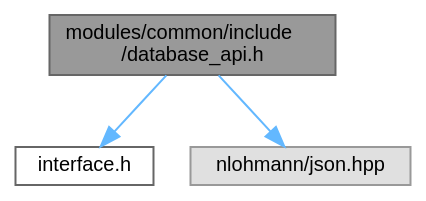
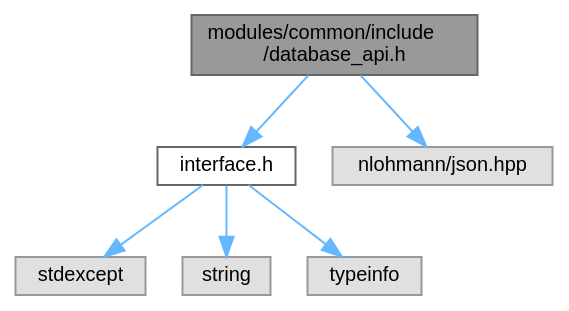
Before and after one commit to netkeep80/jsonRVM: the diagram in database__api_8h__incl.dot, drawn with Graphviz. The commit also changed 169 other files, not shown here.

```diff
--- a/database__api_8h__incl.dot
+++ b/database__api_8h__incl.dot
@@ -1,12 +1,18 @@
 digraph "modules/common/include/database_api.h"
 {
  // LATEX_PDF_SIZE
   bgcolor="transparent";
   edge [fontname=Helvetica,fontsize=10,labelfontname=Helvetica,labelfontsize=10];
   node [fontname=Helvetica,fontsize=10,shape=box,height=0.2,width=0.4];
   Node1 [id="Node000001",label="modules/common/include\l/database_api.h",height=0.2,width=0.4,color="gray40", fillcolor="grey60", style="filled", fontcolor="black",tooltip=" "];
   Node1 -> Node2 [id="edge1_Node000001_Node000002",color="steelblue1",style="solid",tooltip=" "];
   Node2 [id="Node000002",label="interface.h",height=0.2,width=0.4,color="grey40", fillcolor="white", style="filled",URL="$interface_8h.html",tooltip=" "];
-  Node1 -> Node3 [id="edge2_Node000001_Node000003",color="steelblue1",style="solid",tooltip=" "];
-  Node3 [id="Node000003",label="nlohmann/json.hpp",height=0.2,width=0.4,color="grey60", fillcolor="#E0E0E0", style="filled",tooltip=" "];
+  Node2 -> Node3 [id="edge2_Node000002_Node000003",color="steelblue1",style="solid",tooltip=" "];
+  Node3 [id="Node000003",label="stdexcept",height=0.2,width=0.4,color="grey60", fillcolor="#E0E0E0", style="filled",tooltip=" "];
+  Node2 -> Node4 [id="edge3_Node000002_Node000004",color="steelblue1",style="solid",tooltip=" "];
+  Node4 [id="Node000004",label="string",height=0.2,width=0.4,color="grey60", fillcolor="#E0E0E0", style="filled",tooltip=" "];
+  Node2 -> Node5 [id="edge4_Node000002_Node000005",color="steelblue1",style="solid",tooltip=" "];
+  Node5 [id="Node000005",label="typeinfo",height=0.2,width=0.4,color="grey60", fillcolor="#E0E0E0", style="filled",tooltip=" "];
+  Node1 -> Node6 [id="edge5_Node000001_Node000006",color="steelblue1",style="solid",tooltip=" "];
+  Node6 [id="Node000006",label="nlohmann/json.hpp",height=0.2,width=0.4,color="grey60", fillcolor="#E0E0E0", style="filled",tooltip=" "];
 }
```
